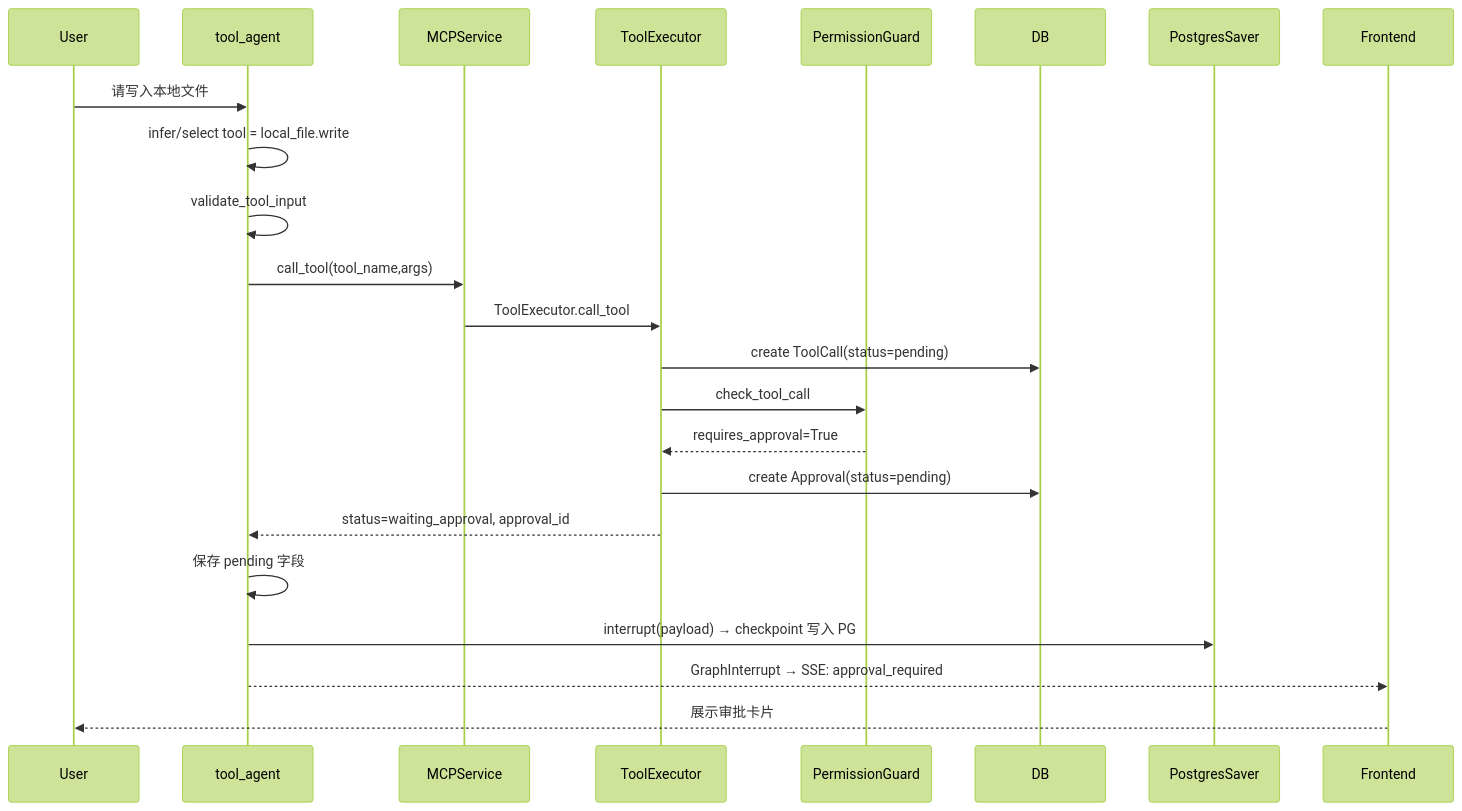
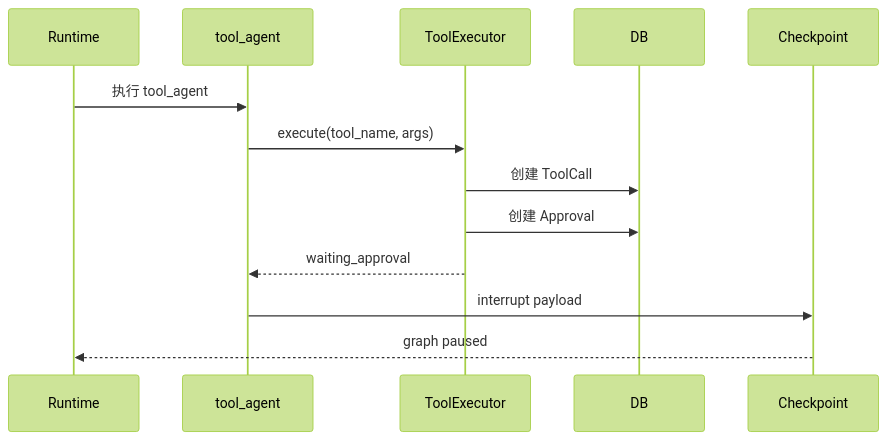
Before and after one commit to Ordish-cell/InsightGap-Agent: diagram 11 of 27 in agent面试.md, drawn with Mermaid (forest theme). The commit also changed other lines of this file and 16 other files, not shown here.

````diff
--- a/agent面试.md
+++ b/agent面试.md
@@ -1500,26 +822,16 @@
 ```mermaid
 sequenceDiagram
-    participant U as User
+    participant RT as Runtime
     participant TA as tool_agent
-    participant MS as MCPService
     participant EX as ToolExecutor
-    participant PG as PermissionGuard
     participant DB as DB
-    participant CP as PostgresSaver
-    participant UI as Frontend
+    participant CP as Checkpoint
 
-    U->>TA: 请写入本地文件
-    TA->>TA: infer/select tool = local_file.write
-    TA->>TA: validate_tool_input
-    TA->>MS: call_tool(tool_name,args)
-    MS->>EX: ToolExecutor.call_tool
-    EX->>DB: create ToolCall(status=pending)
-    EX->>PG: check_tool_call
-    PG-->>EX: requires_approval=True
-    EX->>DB: create Approval(status=pending)
-    EX-->>TA: status=waiting_approval, approval_id
-    TA->>TA: 保存 pending 字段
-    TA->>CP: interrupt(payload) → checkpoint 写入 PG
-    TA-->>UI: GraphInterrupt → SSE: approval_required
-    UI-->>U: 展示审批卡片
+    RT->>TA: 执行 tool_agent
+    TA->>EX: execute(tool_name, args)
+    EX->>DB: 创建 ToolCall
+    EX->>DB: 创建 Approval
+    EX-->>TA: waiting_approval
+    TA->>CP: interrupt payload
+    CP-->>RT: graph paused
 ```
````
